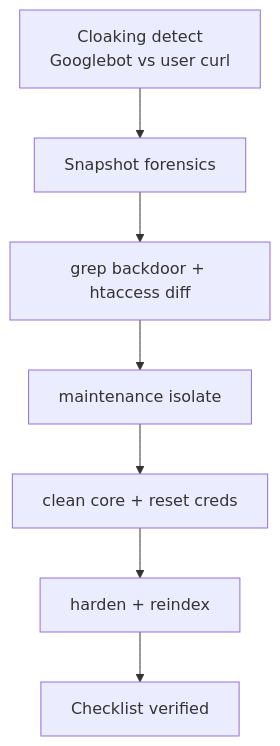
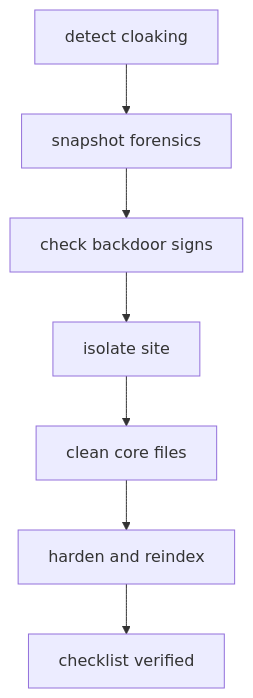
Diagram 11 of 11 in System/Fixes/Visual-Guides.md (444Nazky/My-Vault), drawn with Mermaid before and after one commit. The commit also changed other lines of this file and 8 other files, not shown here.

````diff
--- a/System/Fixes/Visual-Guides.md
+++ b/System/Fixes/Visual-Guides.md
@@ -248,9 +248,9 @@
 ```mermaid
 flowchart TD
-    A[Cloaking detect<br/>Googlebot vs user curl] --> B[Snapshot forensics]
-    B --> C[grep backdoor + htaccess diff]
-    C --> D[maintenance isolate]
-    D --> E[clean core + reset creds]
-    E --> F[harden + reindex]
-    F --> G[Checklist verified]
+    A["detect cloaking"] --> B["snapshot forensics"]
+    B --> C["check backdoor signs"]
+    C --> D["isolate site"]
+    D --> E["clean core files"]
+    E --> F["harden and reindex"]
+    F --> G["checklist verified"]
 ```
````
